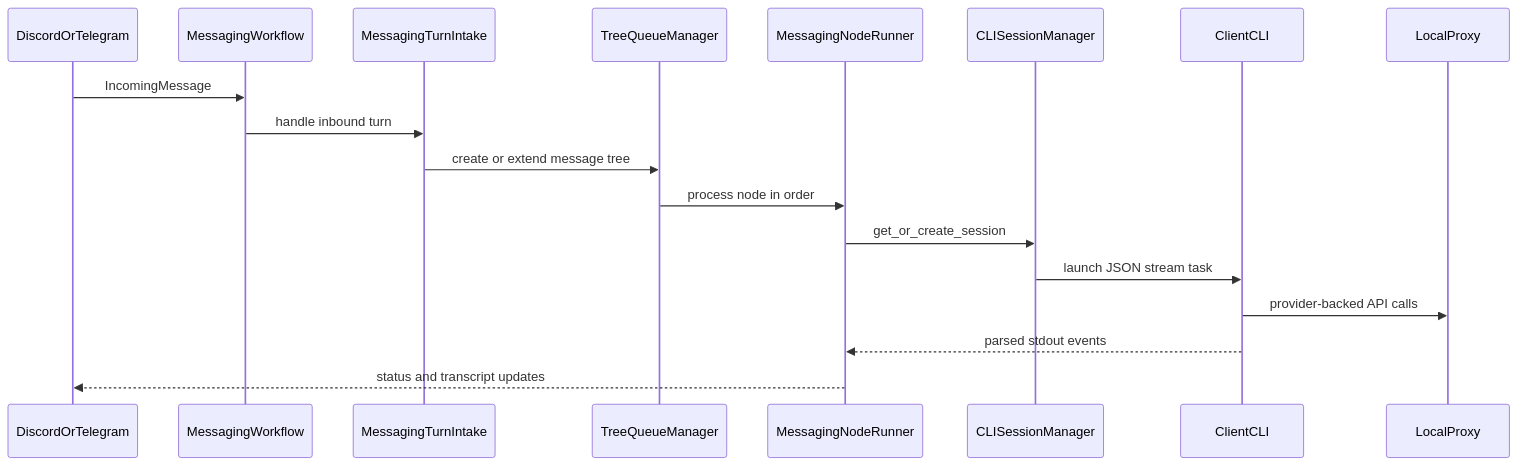
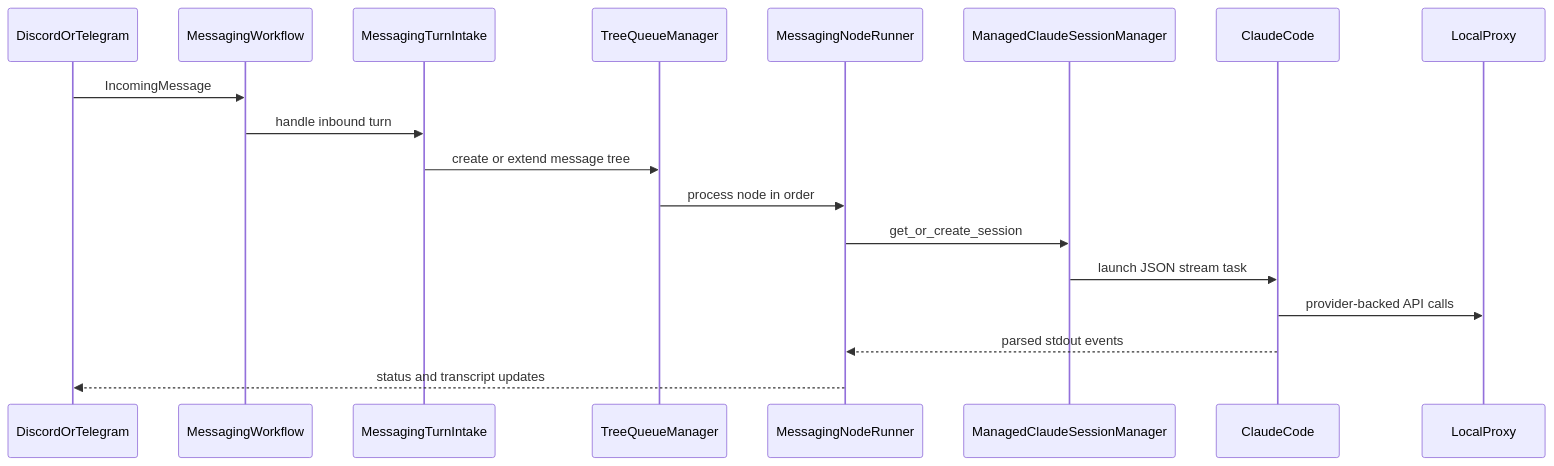
The third of 3 diagrams in ARCHITECTURE.md (shinmentakezo07/shin07), drawn with Mermaid before and after one commit. The commit also changed other lines of this file and 40 other files, not shown here.

First line of the commit message:
Refactor CLI surfaces around launchers and managed Claude (#861)

````diff
--- a/ARCHITECTURE.md
+++ b/ARCHITECTURE.md
@@ -532,21 +529,21 @@
 ```mermaid
 sequenceDiagram
     participant Platform as DiscordOrTelegram
     participant Workflow as MessagingWorkflow
     participant Intake as MessagingTurnIntake
     participant Queue as TreeQueueManager
     participant Runner as MessagingNodeRunner
-    participant Manager as CLISessionManager
-    participant CLI as ClientCLI
+    participant Manager as ManagedClaudeSessionManager
+    participant CLI as ClaudeCode
     participant Proxy as LocalProxy
 
     Platform->>Workflow: IncomingMessage
     Workflow->>Intake: handle inbound turn
     Intake->>Queue: create or extend message tree
     Queue->>Runner: process node in order
     Runner->>Manager: get_or_create_session
     Manager->>CLI: launch JSON stream task
     CLI->>Proxy: provider-backed API calls
     CLI-->>Runner: parsed stdout events
     Runner-->>Platform: status and transcript updates
 ```
````
